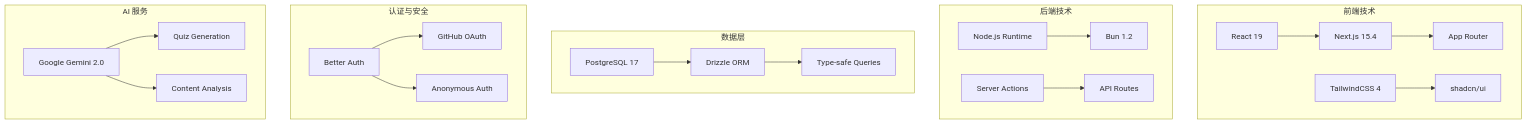
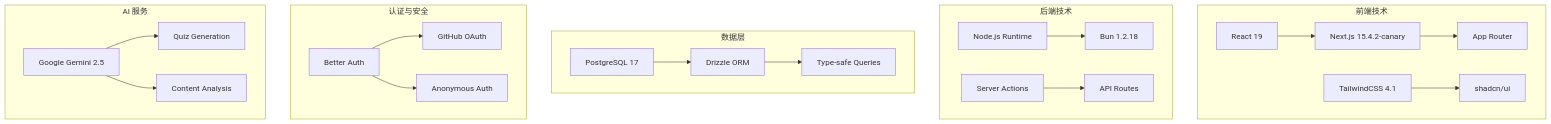
The first of 5 diagrams in docs/architecture.md (GeminiProjects/quizgen), drawn with Mermaid before and after one commit. The commit also changed other lines of this file and 4 other files, not shown here.

````diff
--- a/docs/architecture.md
+++ b/docs/architecture.md
@@ -34,28 +34,28 @@
 ```mermaid
 graph TB
     subgraph "前端技术"
-        A[React 19] --> B[Next.js 15.4]
+        A[React 19] --> B[Next.js 15.4.2-canary]
         B --> C[App Router]
-        D[TailwindCSS 4] --> E[shadcn/ui]
+        D[TailwindCSS 4.1] --> E[shadcn/ui]
     end
     
     subgraph "后端技术"
-        F[Node.js Runtime] --> G[Bun 1.2]
+        F[Node.js Runtime] --> G[Bun 1.2.18]
         H[Server Actions] --> I[API Routes]
     end
     
     subgraph "数据层"
         J[PostgreSQL 17] --> K[Drizzle ORM]
         K --> L[Type-safe Queries]
     end
     
     subgraph "认证与安全"
         M[Better Auth] --> N[GitHub OAuth]
         M --> O[Anonymous Auth]
     end
     
     subgraph "AI 服务"
-        P[Google Gemini 2.0] --> Q[Quiz Generation]
+        P[Google Gemini 2.5] --> Q[Quiz Generation]
         P --> R[Content Analysis]
     end
 ```
````
